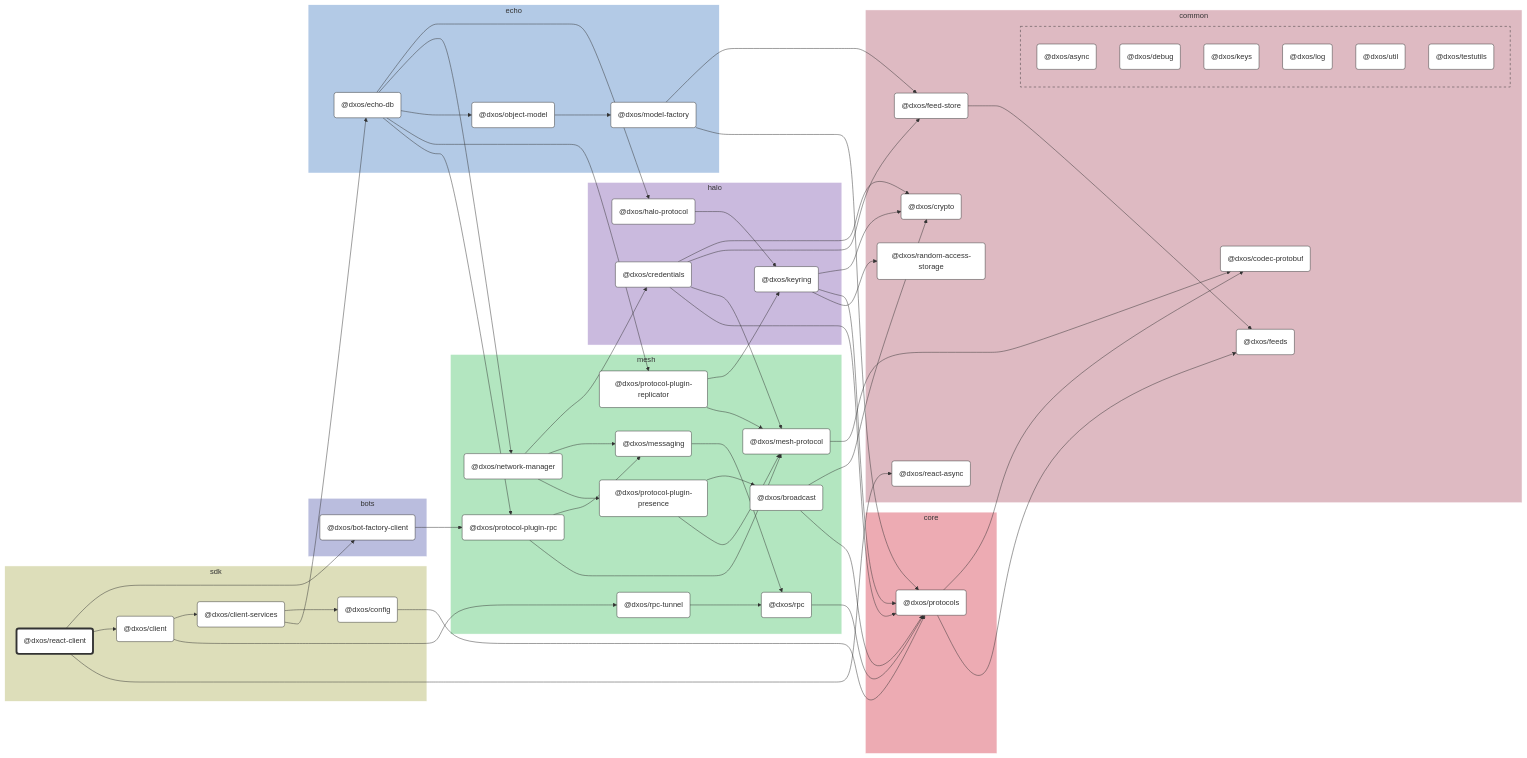
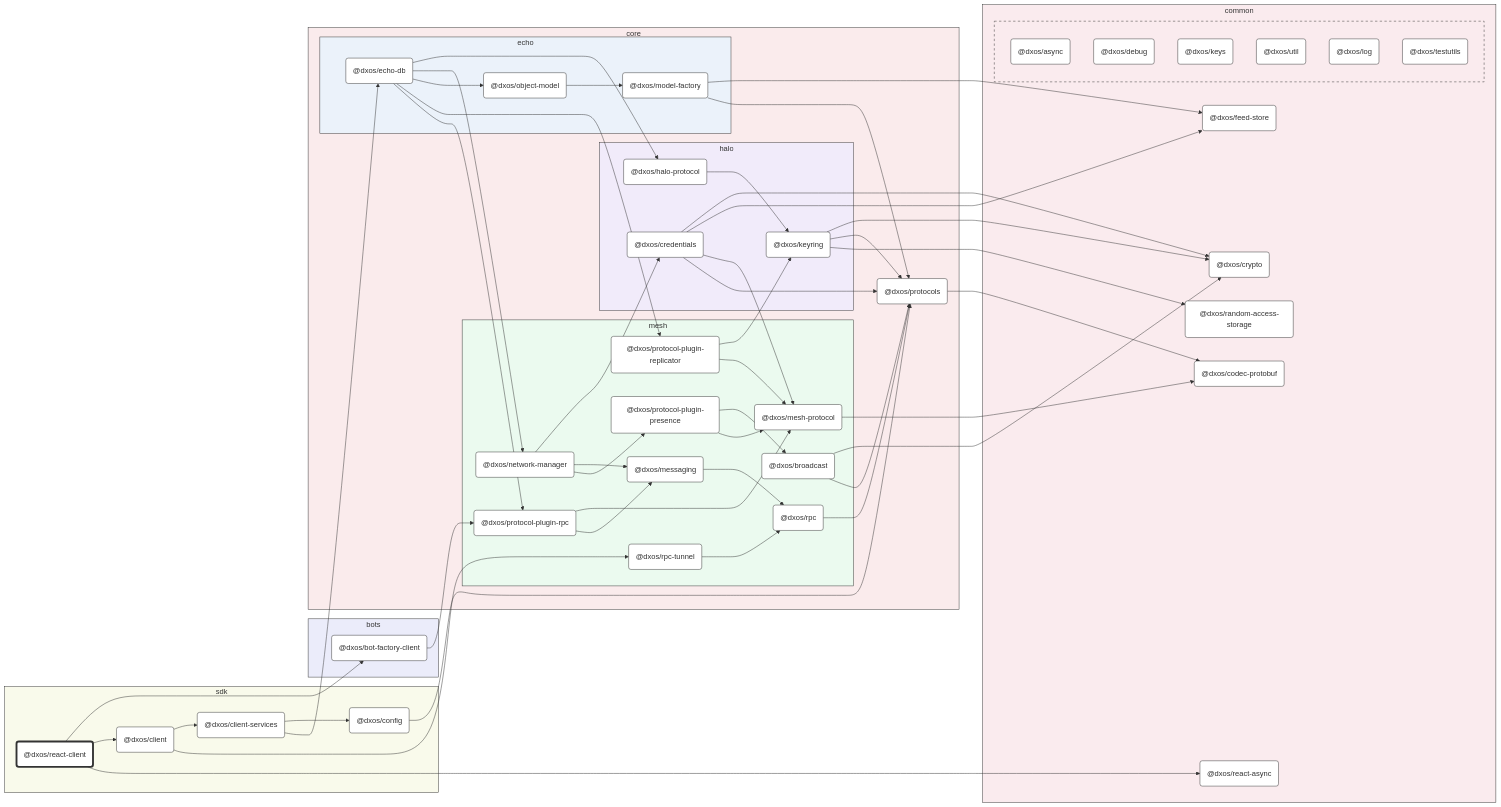
Before and after one commit to dxos/dxos: the diagram in packages/sdk/react-client/docs/README.md, drawn with Mermaid. The commit also changed other lines of this file and 93 other files, not shown here.

First line of the commit message:
chore: hierarchical graphs. (#1583)

```diff
--- a/packages/sdk/react-client/docs/README.md
+++ b/packages/sdk/react-client/docs/README.md
@@ -16,7 +16,7 @@
 %% Nodes
 
 subgraph sdk [sdk]
-  style sdk fill:#dddeba,stroke:#fff
+  style sdk fill:#f9faeb,stroke:#333
   dxos/react-client("@dxos/react-client"):::root
   click dxos/react-client "dxos/dxos/tree/main/packages/sdk/react-client/docs"
   dxos/client("@dxos/client"):::def
@@ -28,11 +28,9 @@
 end
 
 subgraph common [common]
-  style common fill:#debac2,stroke:#fff
+  style common fill:#faebee,stroke:#333
   dxos/codec-protobuf("@dxos/codec-protobuf"):::def
   click dxos/codec-protobuf "dxos/dxos/tree/main/packages/common/codec-protobuf/docs"
-  dxos/feeds("@dxos/feeds"):::def
-  click dxos/feeds "dxos/dxos/tree/main/packages/common/feeds/docs"
   dxos/crypto("@dxos/crypto"):::def
   click dxos/crypto "dxos/dxos/tree/main/packages/common/crypto/docs"
   dxos/feed-store("@dxos/feed-store"):::def
@@ -42,97 +40,95 @@
   dxos/react-async("@dxos/react-async"):::def
   click dxos/react-async "dxos/dxos/tree/main/packages/common/react-async/docs"
 
-  subgraph common-excluded [ ]
-    style common-excluded fill:#debac2,stroke:#333,stroke-dasharray:5 5
+  subgraph _ [ ]
+    style _ fill:#faebee,stroke:#333,stroke-dasharray:5 5
     dxos/async("@dxos/async"):::def
     click dxos/async "dxos/dxos/tree/main/packages/common/async/docs"
     dxos/debug("@dxos/debug"):::def
     click dxos/debug "dxos/dxos/tree/main/packages/common/debug/docs"
     dxos/keys("@dxos/keys"):::def
     click dxos/keys "dxos/dxos/tree/main/packages/common/keys/docs"
+    dxos/util("@dxos/util"):::def
+    click dxos/util "dxos/dxos/tree/main/packages/common/util/docs"
     dxos/log("@dxos/log"):::def
     click dxos/log "dxos/dxos/tree/main/packages/common/log/docs"
-    dxos/util("@dxos/util"):::def
-    click dxos/util "dxos/dxos/tree/main/packages/common/util/docs"
     dxos/testutils("@dxos/testutils"):::def
     click dxos/testutils "dxos/dxos/tree/main/packages/common/testutils/docs"
   end
 end
 
 subgraph bots [bots]
-  style bots fill:#babdde,stroke:#fff
+  style bots fill:#ebecfa,stroke:#333
   dxos/bot-factory-client("@dxos/bot-factory-client"):::def
   click dxos/bot-factory-client "dxos/dxos/tree/main/packages/bots/bot-factory-client/docs"
 end
 
-subgraph mesh [mesh]
-  style mesh fill:#b3e6c0,stroke:#fff
-  dxos/protocol-plugin-rpc("@dxos/protocol-plugin-rpc"):::def
-  click dxos/protocol-plugin-rpc "dxos/dxos/tree/main/packages/core/mesh/protocol-plugin-rpc/docs"
-  dxos/messaging("@dxos/messaging"):::def
-  click dxos/messaging "dxos/dxos/tree/main/packages/core/mesh/messaging/docs"
-  dxos/rpc("@dxos/rpc"):::def
-  click dxos/rpc "dxos/dxos/tree/main/packages/core/mesh/rpc/docs"
-  dxos/mesh-protocol("@dxos/mesh-protocol"):::def
-  click dxos/mesh-protocol "dxos/dxos/tree/main/packages/core/mesh/mesh-protocol/docs"
-  dxos/network-manager("@dxos/network-manager"):::def
-  click dxos/network-manager "dxos/dxos/tree/main/packages/core/mesh/network-manager/docs"
-  dxos/protocol-plugin-presence("@dxos/protocol-plugin-presence"):::def
-  click dxos/protocol-plugin-presence "dxos/dxos/tree/main/packages/core/mesh/protocol-plugin-presence/docs"
-  dxos/broadcast("@dxos/broadcast"):::def
-  click dxos/broadcast "dxos/dxos/tree/main/packages/core/mesh/broadcast/docs"
-  dxos/protocol-plugin-replicator("@dxos/protocol-plugin-replicator"):::def
-  click dxos/protocol-plugin-replicator "dxos/dxos/tree/main/packages/core/mesh/protocol-plugin-replicator/docs"
-  dxos/rpc-tunnel("@dxos/rpc-tunnel"):::def
-  click dxos/rpc-tunnel "dxos/dxos/tree/main/packages/core/mesh/rpc-tunnel/docs"
-end
-
 subgraph core [core]
-  style core fill:#edabb3,stroke:#fff
+  style core fill:#faebec,stroke:#333
   dxos/protocols("@dxos/protocols"):::def
   click dxos/protocols "dxos/dxos/tree/main/packages/core/protocols/docs"
-end
 
-subgraph halo [halo]
-  style halo fill:#cabade,stroke:#fff
-  dxos/credentials("@dxos/credentials"):::def
-  click dxos/credentials "dxos/dxos/tree/main/packages/core/halo/credentials/docs"
-  dxos/halo-protocol("@dxos/halo-protocol"):::def
-  click dxos/halo-protocol "dxos/dxos/tree/main/packages/core/halo/halo-protocol/docs"
-  dxos/keyring("@dxos/keyring"):::def
-  click dxos/keyring "dxos/dxos/tree/main/packages/core/halo/keyring/docs"
-end
+  subgraph mesh [mesh]
+    style mesh fill:#ebfaef,stroke:#333
+    dxos/protocol-plugin-rpc("@dxos/protocol-plugin-rpc"):::def
+    click dxos/protocol-plugin-rpc "dxos/dxos/tree/main/packages/core/mesh/protocol-plugin-rpc/docs"
+    dxos/mesh-protocol("@dxos/mesh-protocol"):::def
+    click dxos/mesh-protocol "dxos/dxos/tree/main/packages/core/mesh/mesh-protocol/docs"
+    dxos/messaging("@dxos/messaging"):::def
+    click dxos/messaging "dxos/dxos/tree/main/packages/core/mesh/messaging/docs"
+    dxos/rpc("@dxos/rpc"):::def
+    click dxos/rpc "dxos/dxos/tree/main/packages/core/mesh/rpc/docs"
+    dxos/network-manager("@dxos/network-manager"):::def
+    click dxos/network-manager "dxos/dxos/tree/main/packages/core/mesh/network-manager/docs"
+    dxos/protocol-plugin-presence("@dxos/protocol-plugin-presence"):::def
+    click dxos/protocol-plugin-presence "dxos/dxos/tree/main/packages/core/mesh/protocol-plugin-presence/docs"
+    dxos/broadcast("@dxos/broadcast"):::def
+    click dxos/broadcast "dxos/dxos/tree/main/packages/core/mesh/broadcast/docs"
+    dxos/protocol-plugin-replicator("@dxos/protocol-plugin-replicator"):::def
+    click dxos/protocol-plugin-replicator "dxos/dxos/tree/main/packages/core/mesh/protocol-plugin-replicator/docs"
+    dxos/rpc-tunnel("@dxos/rpc-tunnel"):::def
+    click dxos/rpc-tunnel "dxos/dxos/tree/main/packages/core/mesh/rpc-tunnel/docs"
+  end
 
-subgraph echo [echo]
-  style echo fill:#b3cae6,stroke:#fff
-  dxos/echo-db("@dxos/echo-db"):::def
-  click dxos/echo-db "dxos/dxos/tree/main/packages/core/echo/echo-db/docs"
-  dxos/model-factory("@dxos/model-factory"):::def
-  click dxos/model-factory "dxos/dxos/tree/main/packages/core/echo/model-factory/docs"
-  dxos/object-model("@dxos/object-model"):::def
-  click dxos/object-model "dxos/dxos/tree/main/packages/core/echo/object-model/docs"
+  subgraph halo [halo]
+    style halo fill:#f1ebfa,stroke:#333
+    dxos/credentials("@dxos/credentials"):::def
+    click dxos/credentials "dxos/dxos/tree/main/packages/core/halo/credentials/docs"
+    dxos/halo-protocol("@dxos/halo-protocol"):::def
+    click dxos/halo-protocol "dxos/dxos/tree/main/packages/core/halo/halo-protocol/docs"
+    dxos/keyring("@dxos/keyring"):::def
+    click dxos/keyring "dxos/dxos/tree/main/packages/core/halo/keyring/docs"
+  end
+
+  subgraph echo [echo]
+    style echo fill:#ebf2fa,stroke:#333
+    dxos/echo-db("@dxos/echo-db"):::def
+    click dxos/echo-db "dxos/dxos/tree/main/packages/core/echo/echo-db/docs"
+    dxos/model-factory("@dxos/model-factory"):::def
+    click dxos/model-factory "dxos/dxos/tree/main/packages/core/echo/model-factory/docs"
+    dxos/object-model("@dxos/object-model"):::def
+    click dxos/object-model "dxos/dxos/tree/main/packages/core/echo/object-model/docs"
+  end
 end
 
 %% Links
 linkStyle default stroke:#333,stroke-width:1px
 dxos/react-client --> dxos/bot-factory-client
 dxos/bot-factory-client --> dxos/protocol-plugin-rpc
+dxos/protocol-plugin-rpc --> dxos/mesh-protocol
+dxos/mesh-protocol --> dxos/codec-protobuf
 dxos/protocol-plugin-rpc --> dxos/messaging
 dxos/protocols --> dxos/codec-protobuf
-dxos/protocols --> dxos/feeds
 dxos/messaging --> dxos/rpc
 dxos/rpc --> dxos/protocols
-dxos/protocol-plugin-rpc --> dxos/mesh-protocol
-dxos/mesh-protocol --> dxos/codec-protobuf
 dxos/react-client --> dxos/client
 dxos/client --> dxos/client-services
+dxos/client-services --> dxos/config
+dxos/config --> dxos/protocols
 dxos/credentials --> dxos/crypto
 dxos/credentials --> dxos/feed-store
-dxos/feed-store --> dxos/feeds
 dxos/credentials --> dxos/mesh-protocol
 dxos/credentials --> dxos/protocols
-dxos/client-services --> dxos/config
-dxos/config --> dxos/protocols
 dxos/client-services --> dxos/echo-db
 dxos/echo-db --> dxos/halo-protocol
 dxos/halo-protocol --> dxos/keyring
```
